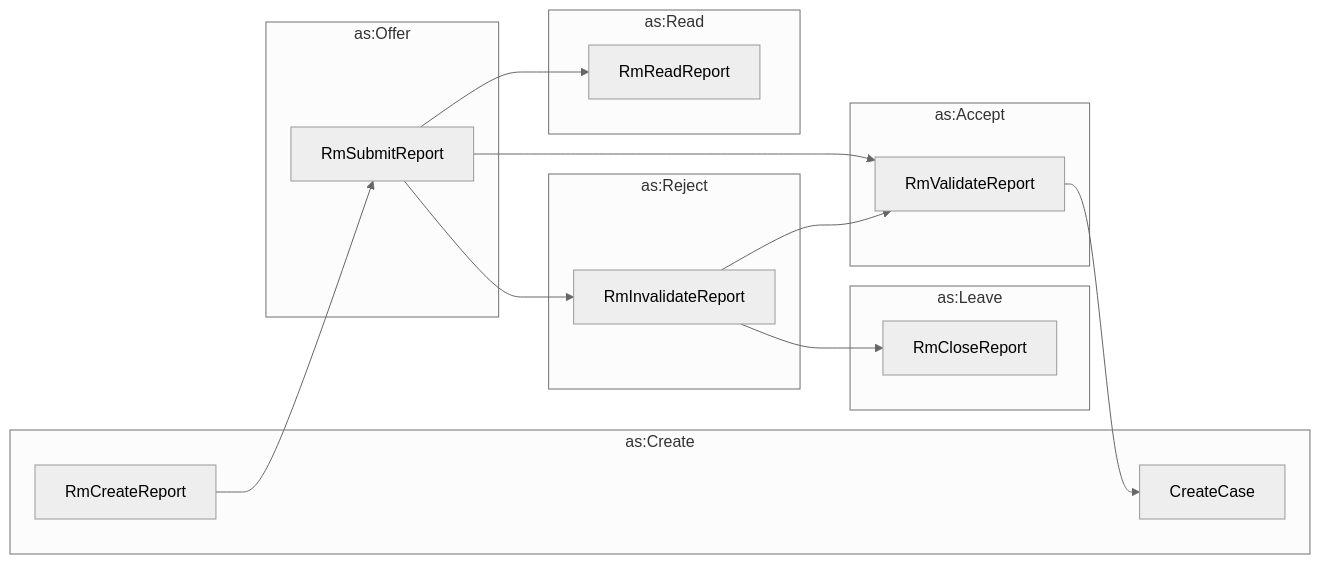
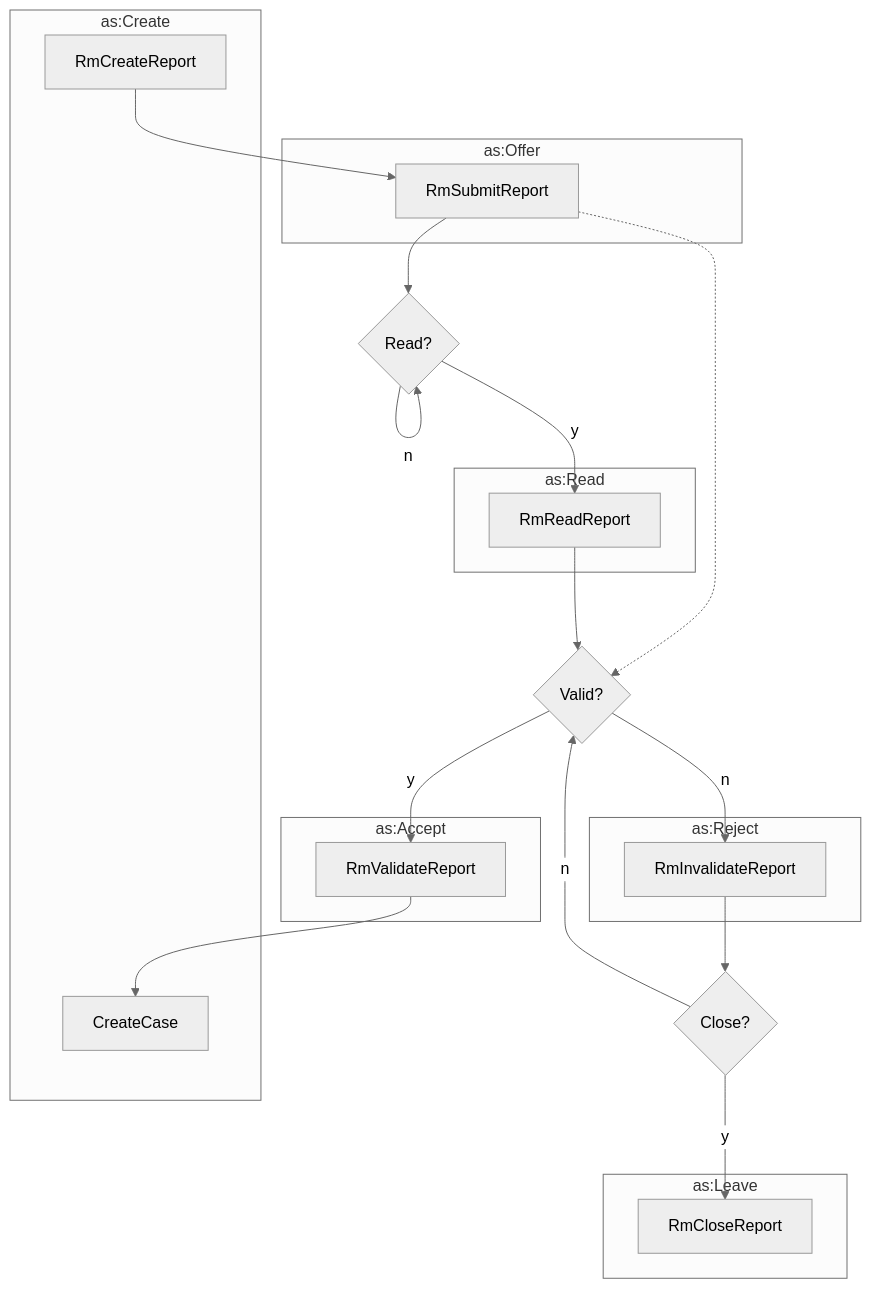
One commit to ahouseholder/Vultron changed the diagram in docs/howto/activitypub/activities/report_vulnerability.md. Above: the diagram before and after it, drawn with Mermaid (neutral theme). The commit also changed 19 other files, not shown here.

````diff
--- a/docs/howto/activitypub/activities/report_vulnerability.md
+++ b/docs/howto/activitypub/activities/report_vulnerability.md
@@ -3,30 +3,35 @@
 ```mermaid
-flowchart LR
+flowchart TB
     subgraph as:Create
         RmCreateReport
         CreateCase
     end
     subgraph as:Read
         RmReadReport
     end
     subgraph as:Offer
         RmSubmitReport
     end
     subgraph as:Accept
         RmValidateReport
     end
     subgraph as:Reject
         RmInvalidateReport
     end
     subgraph as:Leave
         RmCloseReport
     end
     
     RmCreateReport --> RmSubmitReport
-    RmSubmitReport --> RmReadReport
-    RmSubmitReport --> RmValidateReport
-    RmSubmitReport --> RmInvalidateReport
-    RmInvalidateReport --> RmValidateReport
+    RmSubmitReport -.-> v{Valid?}
+    RmSubmitReport --> r{Read?}
+    r -->|y| RmReadReport
+    r -->|n| r
+    v -->|y| RmValidateReport
+    RmReadReport --> v
+    v -->|n| RmInvalidateReport
+    RmInvalidateReport --> c{Close?}
+    c -->|y| RmCloseReport
+    c -->|n| v
     RmValidateReport --> CreateCase
-    RmInvalidateReport --> RmCloseReport
 ```
````
